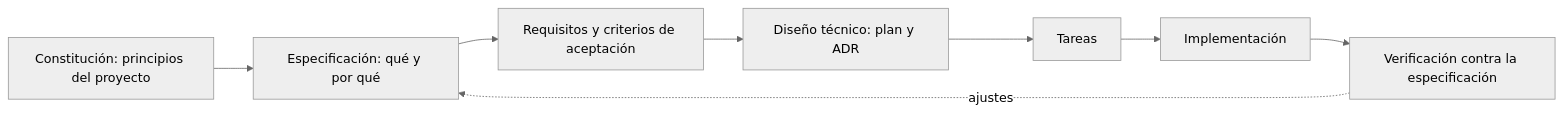
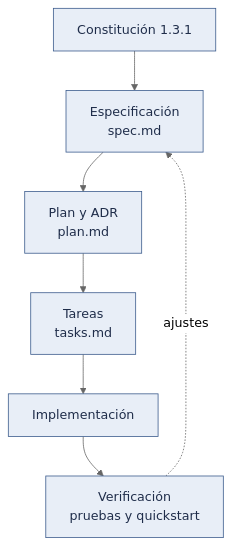
Before and after one commit to semcham/proyecto-final-barberia-ayacucho: the diagram in docs/05-gestion/03-sdd-spec-kit.md, drawn with Mermaid (neutral theme). The commit also changed other lines of this file and 67 other files, not shown here.

Commit message:
docs: documentación y diagramas coherentes con 001, 002, 003 .... 006

````diff
--- a/docs/05-gestion/03-sdd-spec-kit.md
+++ b/docs/05-gestion/03-sdd-spec-kit.md
@@ -14,10 +14,16 @@
 ```mermaid
-flowchart LR
-    A["Constitución: principios del proyecto"] --> B["Especificación: qué y por qué"]
-    B --> C["Requisitos y criterios de aceptación"]
-    C --> D["Diseño técnico: plan y ADR"]
-    D --> E["Tareas"]
-    E --> F["Implementación"]
-    F --> G["Verificación contra la especificación"]
-    G -.->|"ajustes"| B
+flowchart TB
+    A["Constitución 1.3.1"] --> B["Especificación<br/>spec.md"]
+    B --> C["Plan y ADR<br/>plan.md"]
+    C --> D["Tareas<br/>tasks.md"]
+    D --> E["Implementación"]
+    E --> F["Verificación<br/>pruebas y quickstart"]
+    F -.->|"ajustes"| B
+
+    classDef implementado fill:#e8eef7,stroke:#3b5b8c,color:#1f2d4a
+    classDef planificado fill:#e8eef7,stroke:#3b5b8c,color:#1f2d4a
+    classDef externo fill:#fff3e0,stroke:#ef6c00,color:#e65100
+    classDef datos fill:#e3f2fd,stroke:#1565c0,color:#0d47a1
+    classDef rechazo fill:#ffebee,stroke:#c62828,color:#b71c1c
+    class A,B,C,D,E,F implementado
 ```
````
